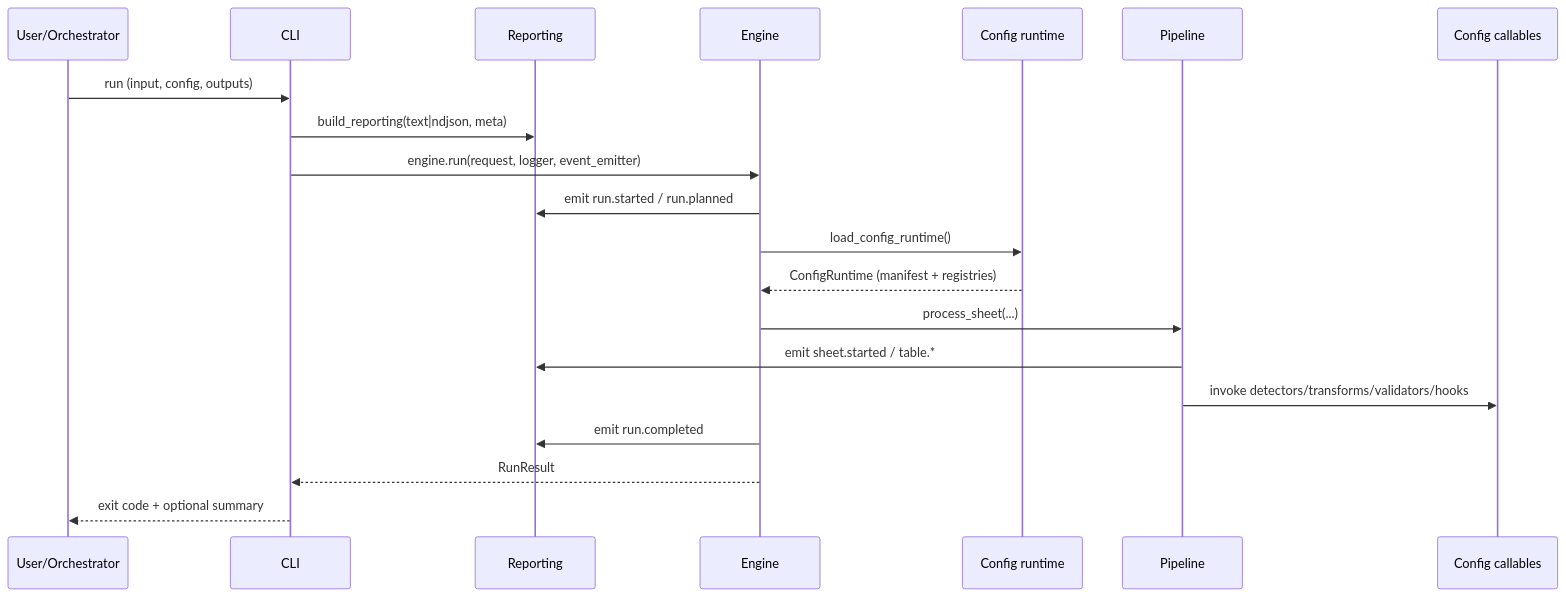
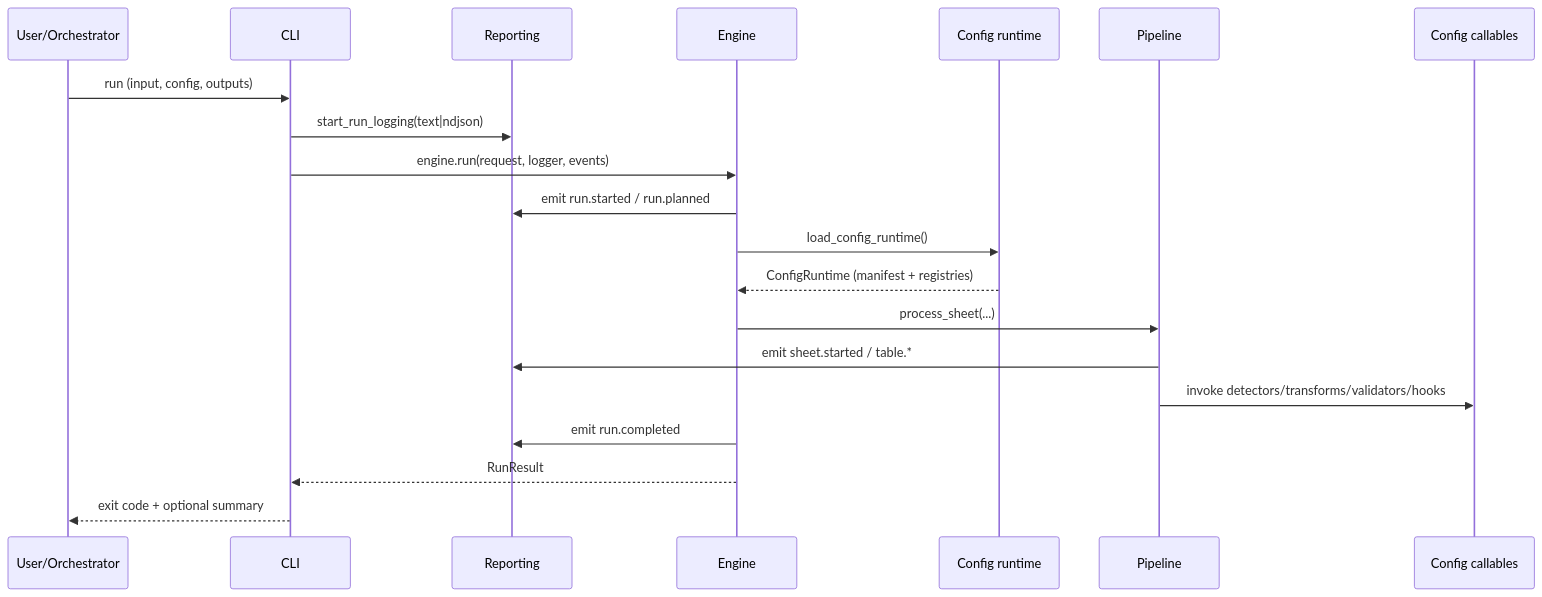
Before and after one commit to clac-ca/ade-engine: the diagram in docs/architecture.md, drawn with Mermaid. The commit also changed other lines of this file and 29 other files, not shown here.

First line of the commit message:
Refactor logging and event handling in ADE engine

````diff
--- a/docs/architecture.md
+++ b/docs/architecture.md
@@ -62,23 +62,23 @@
 ```mermaid
 sequenceDiagram
   participant User as User/Orchestrator
   participant CLI as CLI
   participant Rep as Reporting
   participant Eng as Engine
   participant Cfg as Config runtime
   participant Pipe as Pipeline
   participant Config as Config callables
 
   User->>CLI: run (input, config, outputs)
-  CLI->>Rep: build_reporting(text|ndjson, meta)
-  CLI->>Eng: engine.run(request, logger, event_emitter)
+  CLI->>Rep: start_run_logging(text|ndjson)
+  CLI->>Eng: engine.run(request, logger, events)
   Eng->>Rep: emit run.started / run.planned
   Eng->>Cfg: load_config_runtime()
   Cfg-->>Eng: ConfigRuntime (manifest + registries)
   Eng->>Pipe: process_sheet(...)
   Pipe->>Rep: emit sheet.started / table.*
   Pipe->>Config: invoke detectors/transforms/validators/hooks
   Eng->>Rep: emit run.completed
   Eng-->>CLI: RunResult
   CLI-->>User: exit code + optional summary
 ```
````
